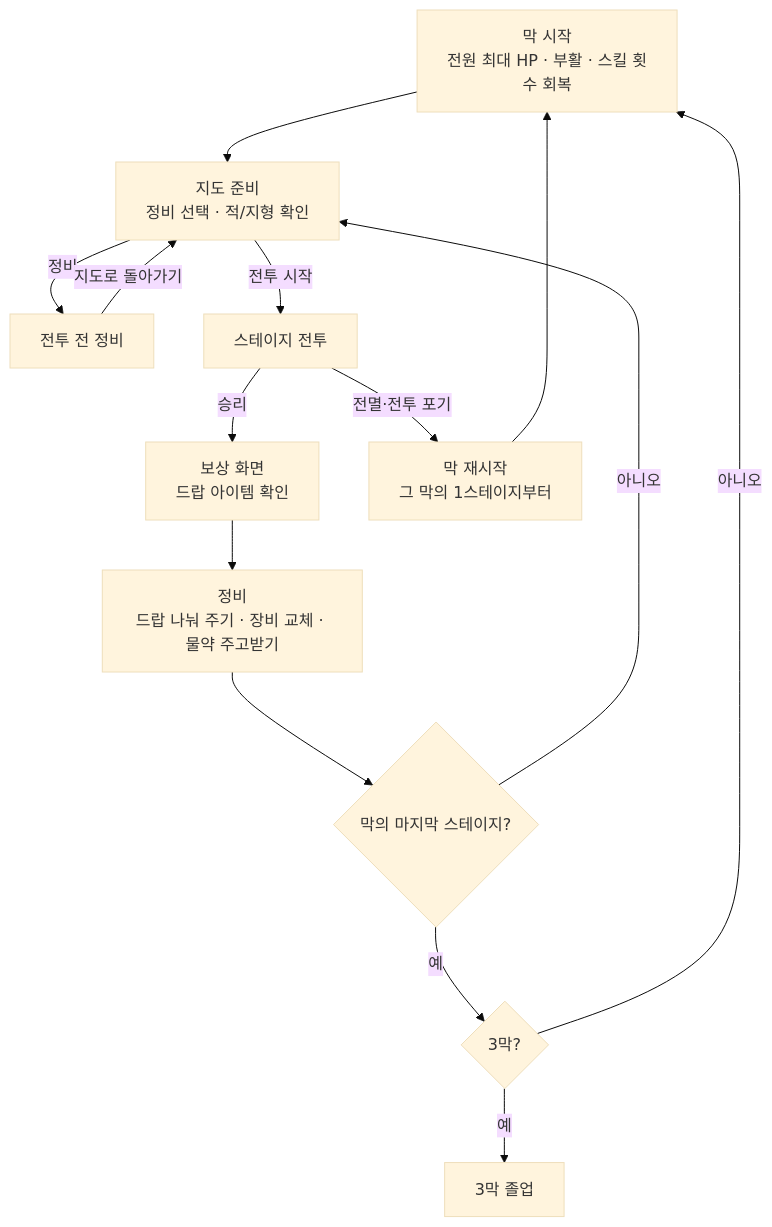
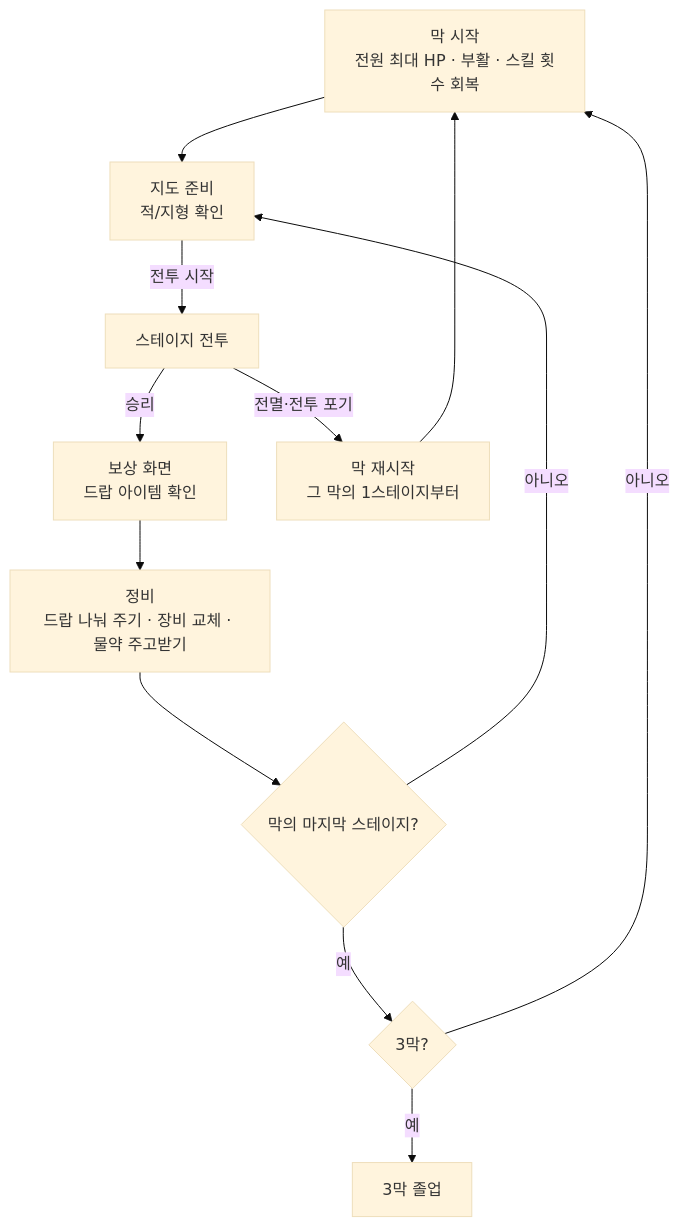
Before and after one commit to minjunkim-dev/BGLike: the diagram in docs/GAME_STRUCTURE.md, drawn with Mermaid (base theme). The commit also changed other lines of this file and 20 other files, not shown here.

````diff
--- a/docs/GAME_STRUCTURE.md
+++ b/docs/GAME_STRUCTURE.md
@@ -49,16 +49,14 @@
 ```mermaid
 flowchart TD
-    A[막 시작<br/>전원 최대 HP · 부활 · 스킬 횟수 회복] --> P[지도 준비<br/>정비 선택 · 적/지형 확인]
-    P -- 정비 --> Q[전투 전 정비]
-    Q -- 지도로 돌아가기 --> P
+    A[막 시작<br/>전원 최대 HP · 부활 · 스킬 횟수 회복] --> P[지도 준비<br/>적/지형 확인]
     P -- 전투 시작 --> B[스테이지 전투]
     B -- 승리 --> C[보상 화면<br/>드랍 아이템 확인]
     C --> D[정비<br/>드랍 나눠 주기 · 장비 교체 · 물약 주고받기]
     D --> E{막의 마지막 스테이지?}
     E -- 아니오 --> P
     E -- 예 --> F{3막?}
     F -- 아니오 --> A
     F -- 예 --> G[3막 졸업]
     B -- 전멸·전투 포기 --> H[막 재시작<br/>그 막의 1스테이지부터]
     H --> A
 ```
````
